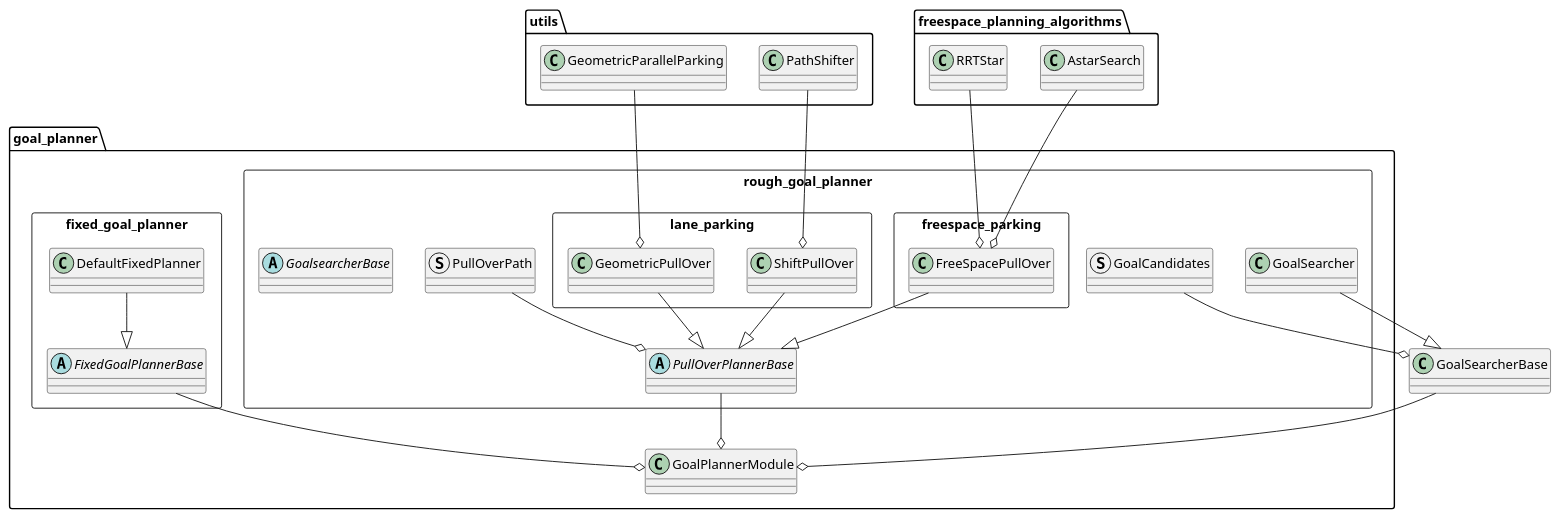
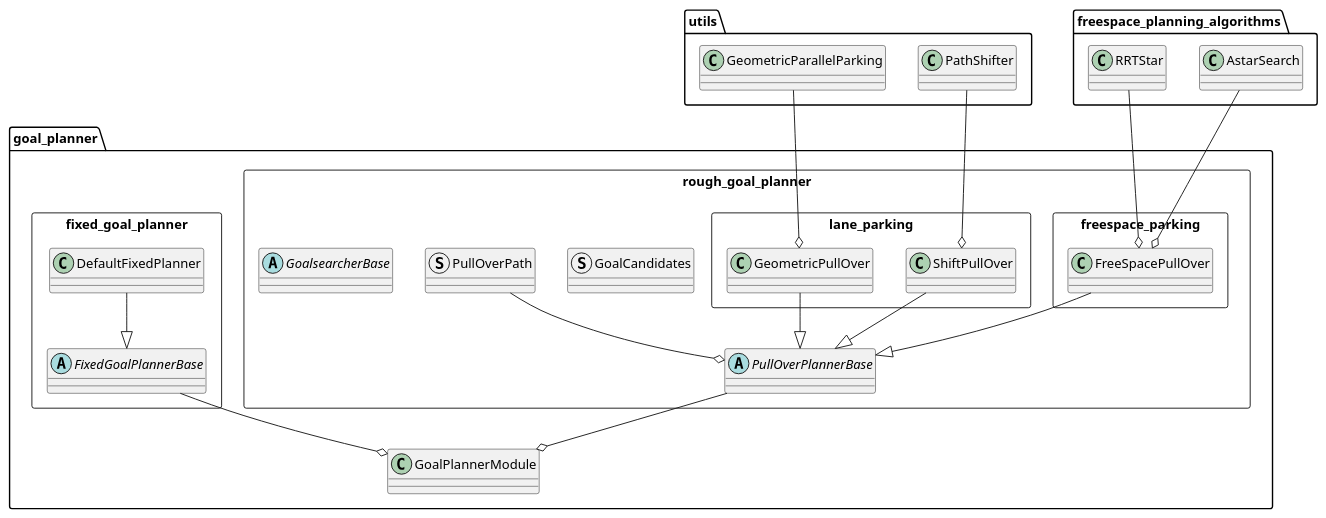
The diagram in planning/behavior_path_planner/autoware_behavior_path_goal_planner_module/README.md (autowarefoundation/autoware.universe), drawn with PlantUML before and after one commit. The commit also changed other lines of this file and 1 other file, not shown here.

````diff
--- a/planning/behavior_path_planner/autoware_behavior_path_goal_planner_module/README.md
+++ b/planning/behavior_path_planner/autoware_behavior_path_goal_planner_module/README.md
@@ -15,67 +13,62 @@
 ```plantuml
 @startuml
 package goal_planner{
 
     class GoalPlannerModule {}
 
     package rough_goal_planner <<Rectangle>>{
 
         package lane_parking <<Rectangle>>{
             class ShiftPullOver {}
             class GeometricPullOver {}
         }
 
         package freespace_parking <<Rectangle>>{
             class FreeSpacePullOver {}
         }
-
-        class GoalSearcher {}
 
         struct GoalCandidates {}
         struct PullOverPath{}
 
         abstract class PullOverPlannerBase {}
         abstract class GoalsearcherBase {}
 
     }
 
     package fixed_goal_planner <<Rectangle>>{
         abstract class FixedGoalPlannerBase {}
         class DefaultFixedPlanner{}
     }
 }
 
 
 package utils{
     class PathShifter {}
 
     class GeometricParallelParking {}
 }
 
 package freespace_planning_algorithms
  {
     class AstarSearch{}
     class RRTStar{}
 }
 
 ' goal planner
 ShiftPullOver --|> PullOverPlannerBase
 GeometricPullOver --|> PullOverPlannerBase
 FreeSpacePullOver --|> PullOverPlannerBase
-GoalSearcher --|> GoalSearcherBase
 DefaultFixedPlanner --|> FixedGoalPlannerBase
 
 PathShifter --o ShiftPullOver
 GeometricParallelParking --o GeometricPullOver
 AstarSearch --o FreeSpacePullOver
 RRTStar --o FreeSpacePullOver
 
 PullOverPlannerBase --o GoalPlannerModule
-GoalSearcherBase --o GoalPlannerModule
 FixedGoalPlannerBase --o GoalPlannerModule
 
 PullOverPath --o PullOverPlannerBase
-GoalCandidates --o GoalSearcherBase
 
 @enduml
 ```
````
